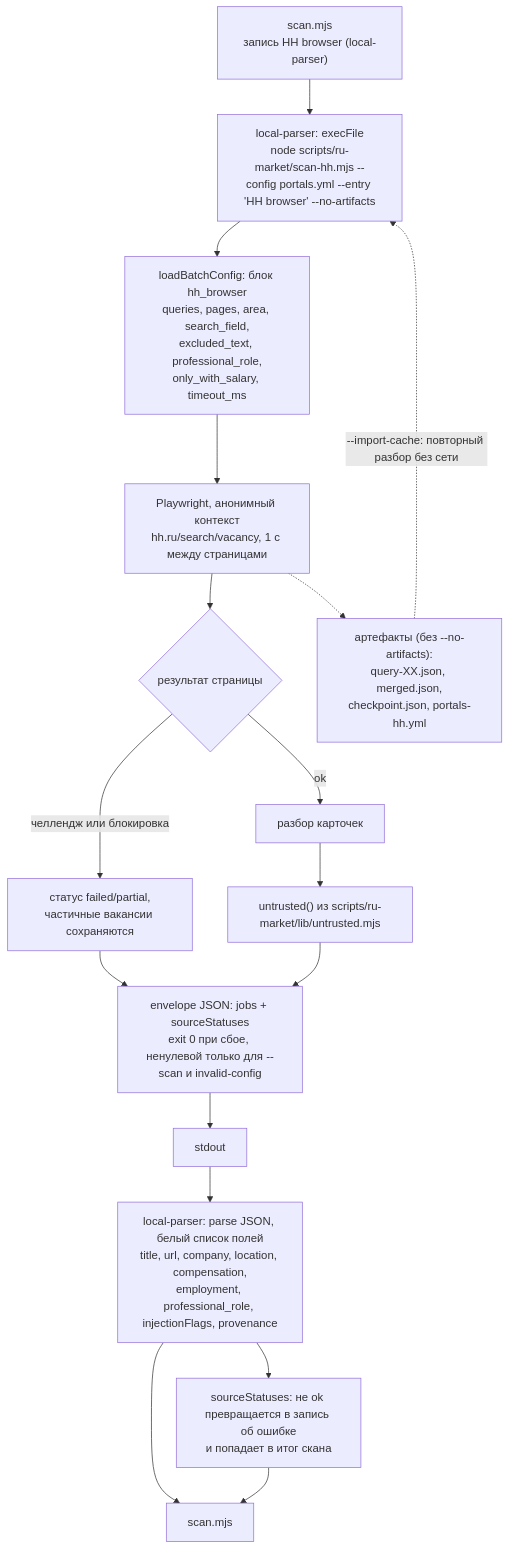
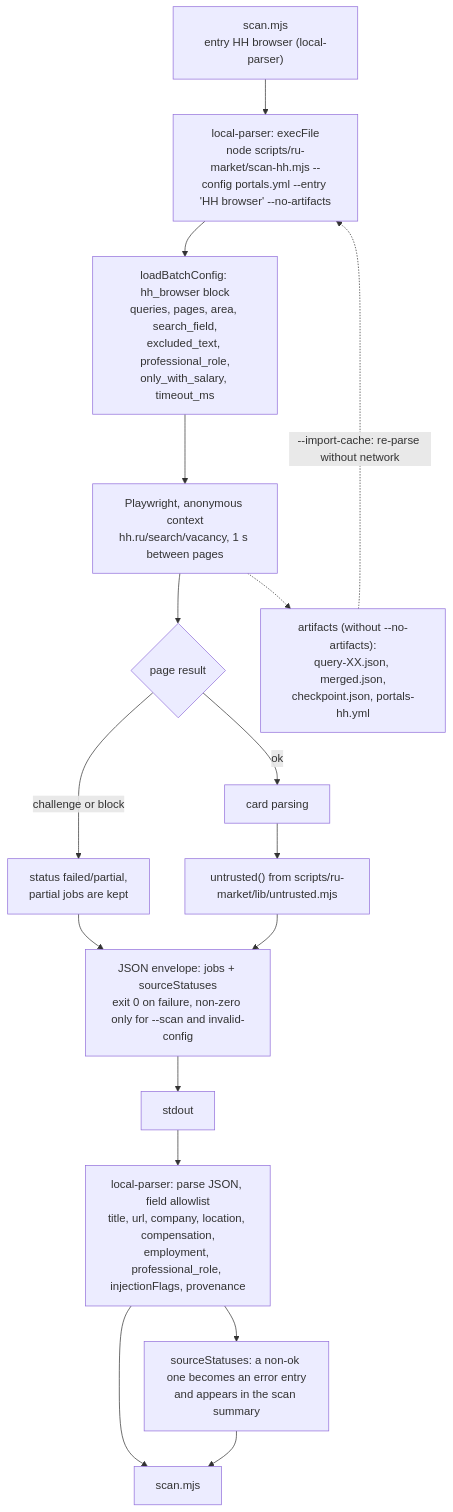
The second of 3 diagrams in docs/architecture/data-flow.md (WindowGenerator/career-ops-plugin-ru-market), drawn with Mermaid before and after one commit. The commit also changed other lines of this file and 14 other files, not shown here.

````diff
--- a/docs/architecture/data-flow.md
+++ b/docs/architecture/data-flow.md
@@ -33,20 +37,20 @@
 ```mermaid
 flowchart TD
-  A["scan.mjs<br/>запись HH browser (local-parser)"] --> B["local-parser: execFile<br/>node scripts/ru-market/scan-hh.mjs --config portals.yml --entry 'HH browser' --no-artifacts"]
-  B --> C["loadBatchConfig: блок hh_browser<br/>queries, pages, area, search_field,<br/>excluded_text, professional_role,<br/>only_with_salary, timeout_ms"]
-  C --> D["Playwright, анонимный контекст<br/>hh.ru/search/vacancy, 1 с между страницами"]
-  D --> E{"результат страницы"}
-  E -->|"челлендж или блокировка"| F["статус failed/partial,<br/>частичные вакансии сохраняются"]
-  E -->|"ok"| G["разбор карточек"]
-  G --> U["untrusted() из scripts/ru-market/lib/untrusted.mjs"]
+  A["scan.mjs<br/>entry HH browser (local-parser)"] --> B["local-parser: execFile<br/>node scripts/ru-market/scan-hh.mjs --config portals.yml --entry 'HH browser' --no-artifacts"]
+  B --> C["loadBatchConfig: hh_browser block<br/>queries, pages, area, search_field,<br/>excluded_text, professional_role,<br/>only_with_salary, timeout_ms"]
+  C --> D["Playwright, anonymous context<br/>hh.ru/search/vacancy, 1 s between pages"]
+  D --> E{"page result"}
+  E -->|"challenge or block"| F["status failed/partial,<br/>partial jobs are kept"]
+  E -->|"ok"| G["card parsing"]
+  G --> U["untrusted() from scripts/ru-market/lib/untrusted.mjs"]
   F --> H
-  U --> H["envelope JSON: jobs + sourceStatuses<br/>exit 0 при сбое, ненулевой только для --scan и invalid-config"]
+  U --> H["JSON envelope: jobs + sourceStatuses<br/>exit 0 on failure, non-zero only for --scan and invalid-config"]
   H --> I["stdout"]
-  I --> J["local-parser: parse JSON, белый список полей<br/>title, url, company, location, compensation,<br/>employment, professional_role, injectionFlags, provenance"]
-  J --> K["sourceStatuses: не ok превращается в запись об ошибке<br/>и попадает в итог скана"]
+  I --> J["local-parser: parse JSON, field allowlist<br/>title, url, company, location, compensation,<br/>employment, professional_role, injectionFlags, provenance"]
+  J --> K["sourceStatuses: a non-ok one becomes an error entry<br/>and appears in the scan summary"]
   J --> S["scan.mjs"]
   K --> S
 
-  D -.-> ART["артефакты (без --no-artifacts):<br/>query-XX.json, merged.json,<br/>checkpoint.json, portals-hh.yml"]
-  ART -.->|"--import-cache: повторный разбор без сети"| B
+  D -.-> ART["artifacts (without --no-artifacts):<br/>query-XX.json, merged.json,<br/>checkpoint.json, portals-hh.yml"]
+  ART -.->|"--import-cache: re-parse without network"| B
 ```
````
